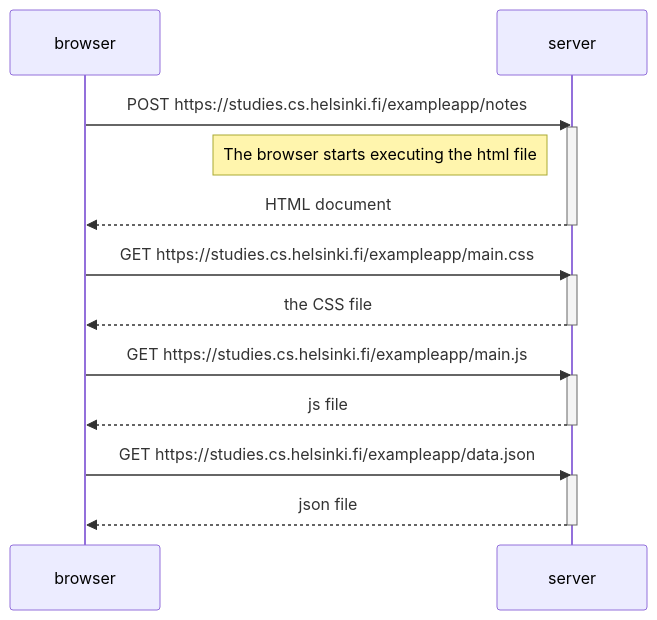
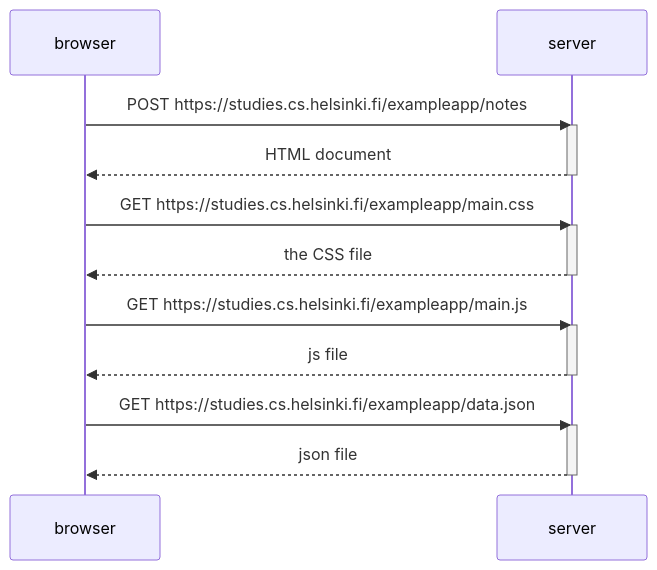
Before and after one commit to LeoKay-J/FullStackOpen: the diagram in 0.5.md, drawn with Mermaid.

````diff
--- a/0.5.md
+++ b/0.5.md
@@ -1,30 +1,29 @@
 ```mermaid
 sequenceDiagram
     participant browser
     participant server
 
 
     browser->>server: POST https://studies.cs.helsinki.fi/exampleapp/notes
     activate server
-    Note left of server: The browser starts executing the html file 
     server-->>browser: HTML document
     deactivate server
 
 
     browser->>server: GET https://studies.cs.helsinki.fi/exampleapp/main.css
     activate server
     server-->>browser: the CSS file
     deactivate server
 
 
     browser->>server: GET https://studies.cs.helsinki.fi/exampleapp/main.js
     activate server
     server-->>browser: js file
     deactivate server
 
 
     browser->>server: GET https://studies.cs.helsinki.fi/exampleapp/data.json
     activate server
     server-->>browser: json file
     deactivate server
 ```
````
